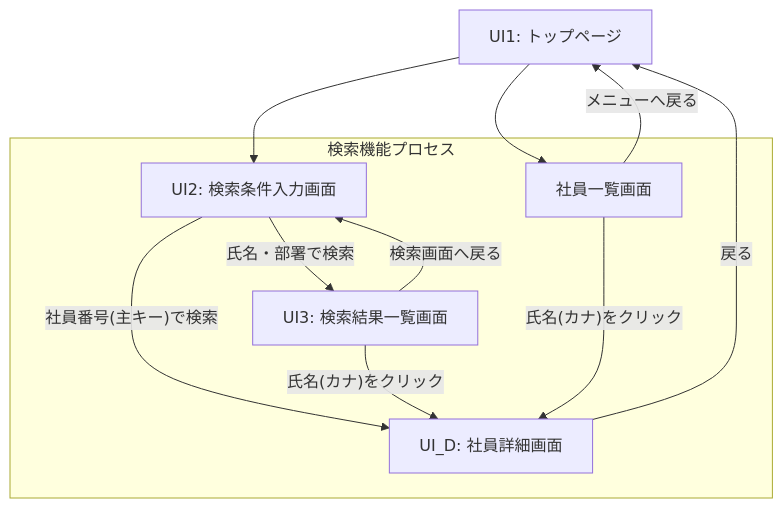
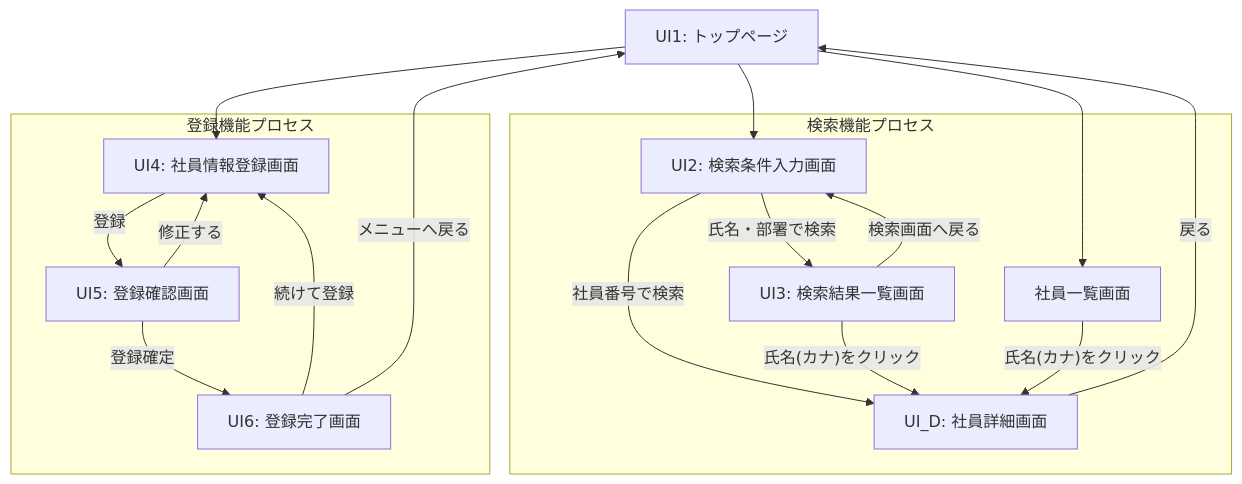
Before and after one commit to juyeongjung1/NewEIMS: the diagram in EIMS_Comprehensive_Exercise_Guide.md, drawn with Mermaid. The commit also changed other lines of this file, not shown here.

````diff
--- a/EIMS_Comprehensive_Exercise_Guide.md
+++ b/EIMS_Comprehensive_Exercise_Guide.md
@@ -77,16 +123,24 @@
 ```mermaid
 flowchart TD
     UI1[UI1: トップページ] --> UI2[UI2: 検索条件入力画面]
     UI1 --> UI_L[社員一覧画面]
+    UI1 --> UI4[UI4: 社員情報登録画面]
     
     subgraph 検索機能プロセス
-        UI2 -- "社員番号(主キー)で検索" --> UI_D[UI_D: 社員詳細画面]
+        UI2 -- "社員番号で検索" --> UI_D[UI_D: 社員詳細画面]
         UI2 -- "氏名・部署で検索" --> UI3[UI3: 検索結果一覧画面]
         UI3 -- "氏名(カナ)をクリック" --> UI_D
         UI_L -- "氏名(カナ)をクリック" --> UI_D
     end
     
+    subgraph 登録機能プロセス
+        UI4 -- "登録" --> UI5[UI5: 登録確認画面]
+        UI5 -- "登録確定" --> UI6[UI6: 登録完了画面]
+        UI5 -- "修正する" --> UI4
+        UI6 -- "続けて登録" --> UI4
+    end
+    
     UI_D -->|戻る| UI1
     UI3 -->|検索画面へ戻る| UI2
-    UI_L -->|メニューへ戻る| UI1
+    UI6 -->|メニューへ戻る| UI1
 ```
````
